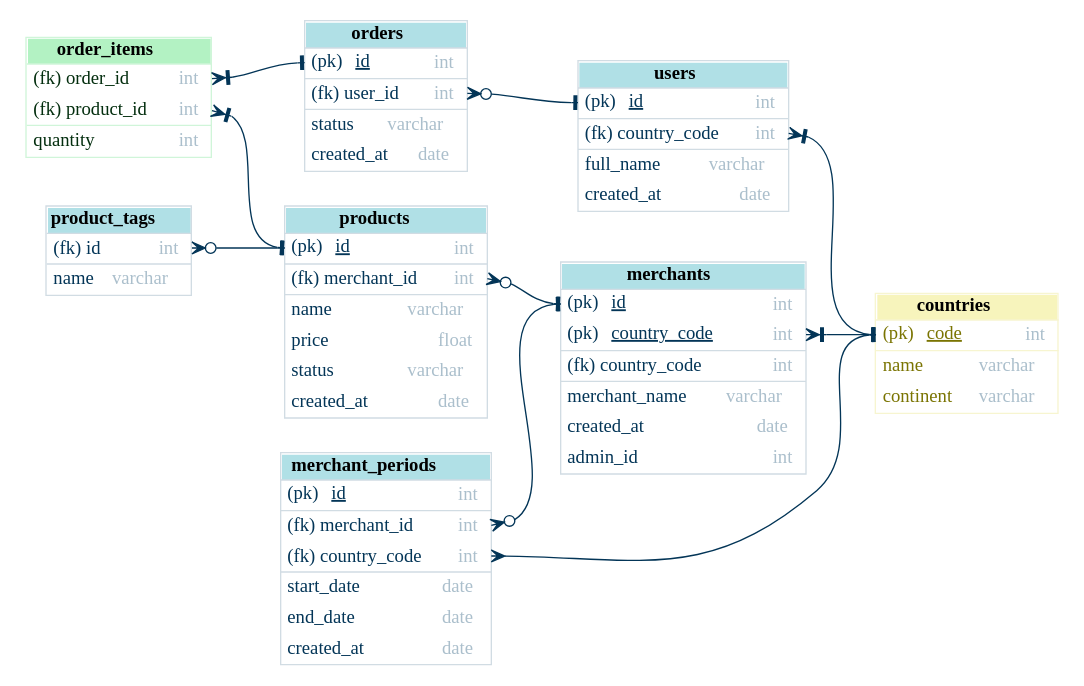
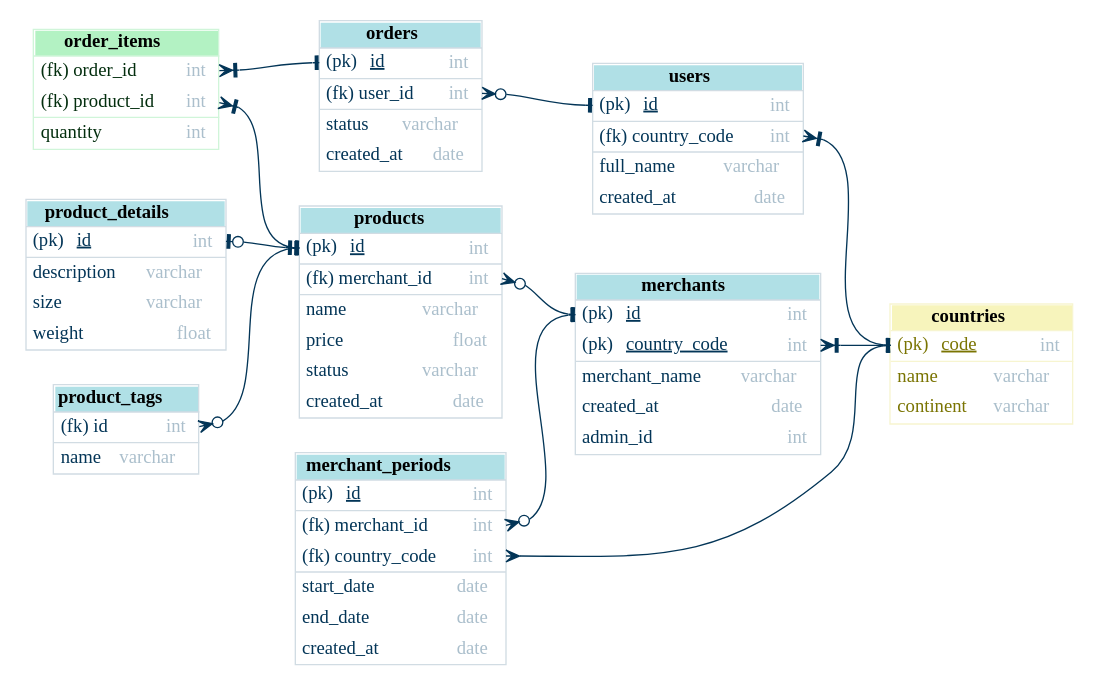
One commit to arnoN7/er_diagram_python changed the diagram in example/sample_datamodel.gv. Above: the diagram before and after it, drawn with Graphviz. The commit also changed 3 other files, not shown here.

```diff
--- a/example/sample_datamodel.gv
+++ b/example/sample_datamodel.gv
@@ -16,13 +16,6 @@
         <table BORDER="0" cellspacing="0" CELLBORDER="0"  >
             <tr>
                 <td ALIGN="left" BALIGN="LEFT" BORDER="0"><font color="#033557">(pk) <U ALIGN="left">country_code</U></font></td><td ALIGN="right"><font color="#abbfcc" >int</font></td></tr>
-        </table>
-    </td>
-</tr><HR/><tr>
-    <td ALIGN="left" BALIGN="LEFT" BORDER="0" PORT="country_code">
-        <table BORDER="0" cellspacing="0" CELLBORDER="0"  >
-            <tr>
-                <td ALIGN="left" BALIGN="LEFT" BORDER="0"><font color="#033557">(fk) country_code</font></td><td ALIGN="right"><font color="#abbfcc" >int</font></td></tr>
         </table>
     </td>
 </tr><HR/><tr>
@@ -212,6 +205,39 @@
         </table>
     </td>
 </tr></table>> shape=none]
+	product_details [label=<<table BORDER="1" cellspacing="0" color="#d1dce3" CELLBORDER="0"  >
+<tr>
+<td BGCOLOR="powderblue" BORDER="0"><B>product_details</B></td>
+</tr>
+<HR/><tr>
+    <td ALIGN="left" BALIGN="LEFT" BORDER="0" PORT="id">
+        <table BORDER="0" cellspacing="0" CELLBORDER="0"  >
+            <tr>
+                <td ALIGN="left" BALIGN="LEFT" BORDER="0"><font color="#033557">(pk) <U ALIGN="left">id</U></font></td><td ALIGN="right"><font color="#abbfcc" >int</font></td></tr>
+        </table>
+    </td>
+</tr><HR/><tr>
+    <td ALIGN="left" BALIGN="LEFT" BORDER="0" PORT="description">
+        <table BORDER="0" cellspacing="0" CELLBORDER="0"  >
+            <tr>
+                <td ALIGN="left" BALIGN="LEFT" BORDER="0"><font color="#033557">description</font></td><td ALIGN="right"><font color="#abbfcc" >varchar</font></td></tr>
+        </table>
+    </td>
+</tr><tr>
+    <td ALIGN="left" BALIGN="LEFT" BORDER="0" PORT="size">
+        <table BORDER="0" cellspacing="0" CELLBORDER="0"  >
+            <tr>
+                <td ALIGN="left" BALIGN="LEFT" BORDER="0"><font color="#033557">size</font></td><td ALIGN="right"><font color="#abbfcc" >varchar</font></td></tr>
+        </table>
+    </td>
+</tr><tr>
+    <td ALIGN="left" BALIGN="LEFT" BORDER="0" PORT="weight">
+        <table BORDER="0" cellspacing="0" CELLBORDER="0"  >
+            <tr>
+                <td ALIGN="left" BALIGN="LEFT" BORDER="0"><font color="#033557">weight</font></td><td ALIGN="right"><font color="#abbfcc" >float</font></td></tr>
+        </table>
+    </td>
+</tr></table>> shape=none]
 	merchant_periods [label=<<table BORDER="1" cellspacing="0" color="#d1dce3" CELLBORDER="0"  >
 <tr>
 <td BGCOLOR="powderblue" BORDER="0"><B>merchant_periods</B></td>
@@ -284,6 +310,7 @@
 	order_items:product_id -> products:id [arrowhead=tee arrowtail=crowtee color="#033557" dir=both]
 	orders:user_id -> users:id [arrowhead=tee arrowtail=crowodot color="#033557" dir=both]
 	products:merchant_id -> merchants:id [arrowhead=tee arrowtail=crowodot color="#033557" dir=both]
+	product_details:id -> products:id [arrowhead=teetee arrowtail=teeodot color="#033557" dir=both]
 	merchant_periods:merchant_id -> merchants:id [arrowhead=tee arrowtail=crowodot color="#033557" dir=both]
 	merchant_periods:country_code -> countries:code [arrowhead=tee arrowtail=crow color="#033557" dir=both]
 	product_tags:id -> products:id [arrowhead=tee arrowtail=crowodot color="#033557" dir=both]
```
